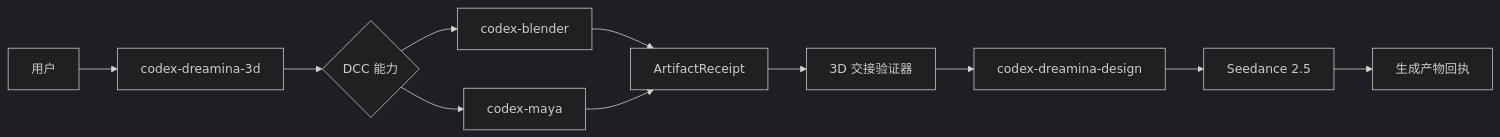
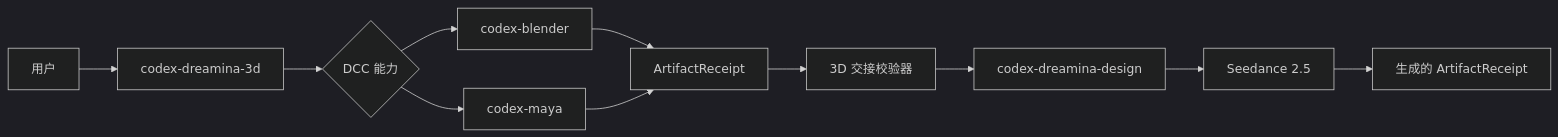
Before and after one commit to partme-ai/codex-dreamina-3d-plugin: the first of 3 diagrams in docs/Codex-Dreamina-3D-Plugin-Architecture.zh_CN.md, drawn with Mermaid (dark theme). The commit also changed other lines of this file and 3 other files, not shown here.

First line of the commit message:
docs: rewrite the architecture and solution pairs to the doc standard

````diff
--- a/docs/Codex-Dreamina-3D-Plugin-Architecture.zh_CN.md
+++ b/docs/Codex-Dreamina-3D-Plugin-Architecture.zh_CN.md
@@ -7,13 +43,13 @@
 ```mermaid
 flowchart LR
     User[用户] --> Orchestrator[codex-dreamina-3d]
     Orchestrator --> Detect{DCC 能力}
     Detect --> Blender[codex-blender]
     Detect --> Maya[codex-maya]
     Blender --> Preview[ArtifactReceipt]
     Maya --> Preview
-    Preview --> Handoff[3D 交接验证器]
+    Preview --> Handoff[3D 交接校验器]
     Handoff --> Design[codex-dreamina-design]
     Design --> Seedance[Seedance 2.5]
-    Seedance --> Result[生成产物回执]
+    Seedance --> Result[生成的 ArtifactReceipt]
 ```
````
